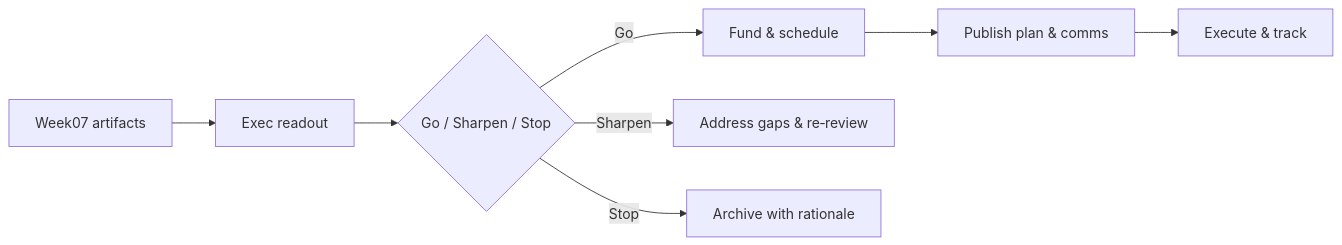
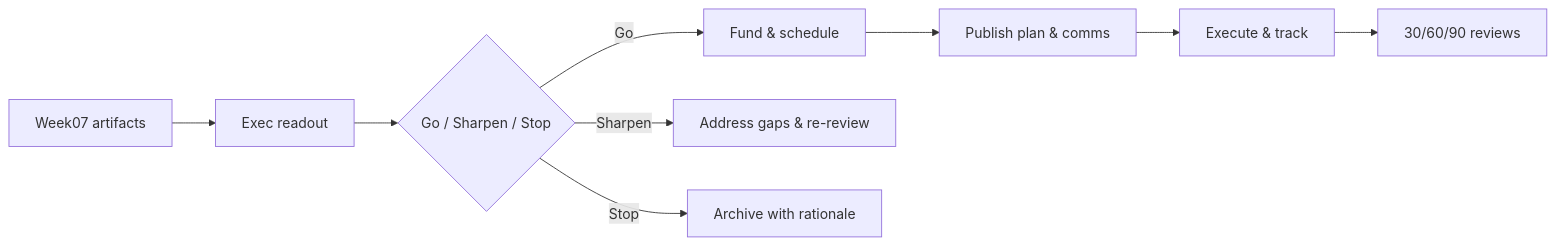
Before and after one commit to emcdo411/tech-fractional-cxo-program: the diagram in Week07/Day07.md, drawn with Mermaid. The commit also changed other lines of this file, not shown here.

````diff
--- a/Week07/Day07.md
+++ b/Week07/Day07.md
@@ -42,10 +191,11 @@
 ```mermaid
 flowchart LR
   intake["Week07 artifacts"] --> readout["Exec readout"]
   readout --> decide{"Go / Sharpen / Stop"}
   decide -->|Go| scale["Fund & schedule"]
-  decide -->|Sharpen| adjust["Address gaps & re‑review"]
+  decide -->|Sharpen| adjust["Address gaps & re-review"]
   decide -->|Stop| archive["Archive with rationale"]
   scale --> publish["Publish plan & comms"]
   publish --> execute["Execute & track"]
+  execute --> review["30/60/90 reviews"]
 ```
````
